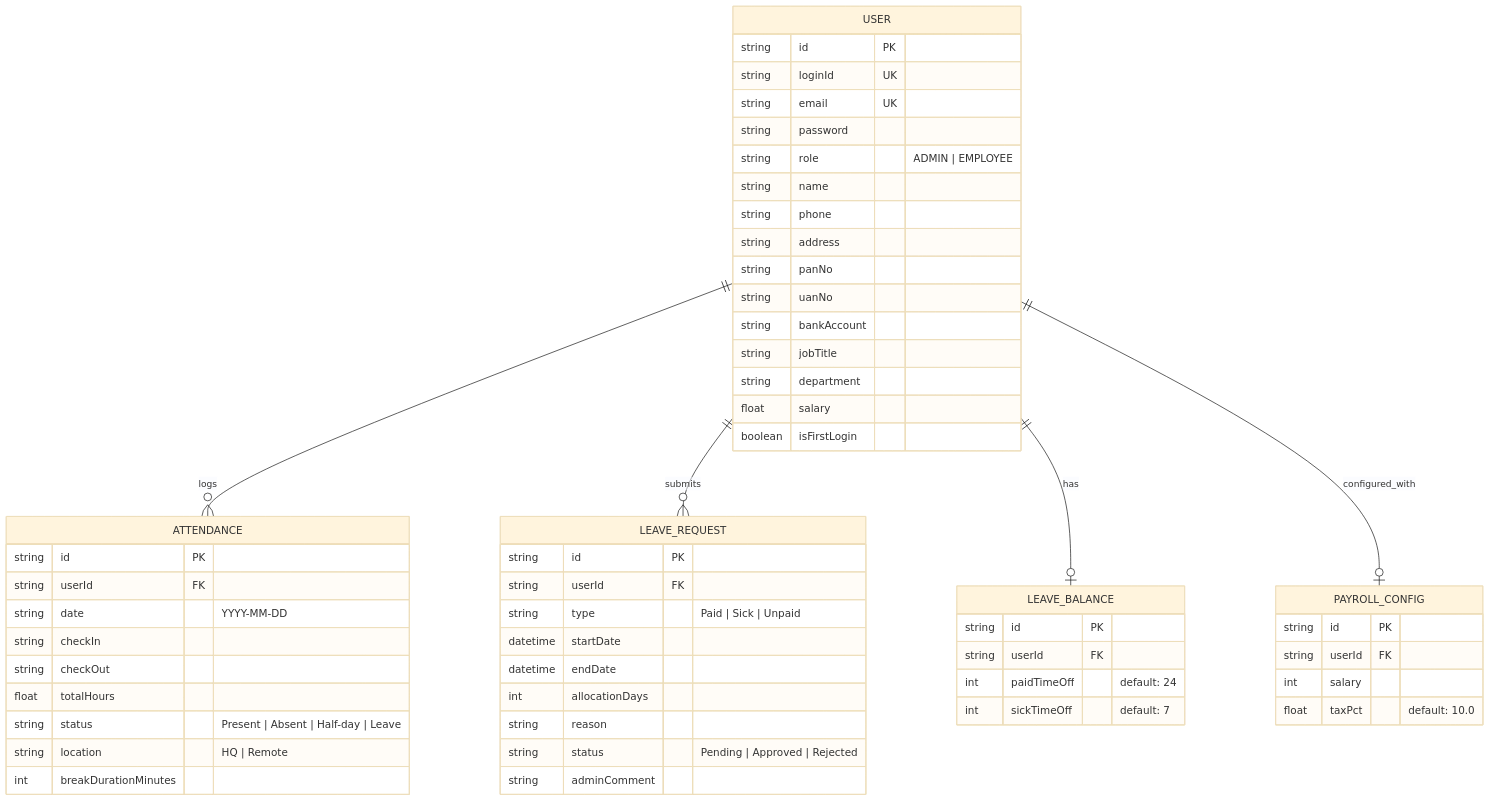
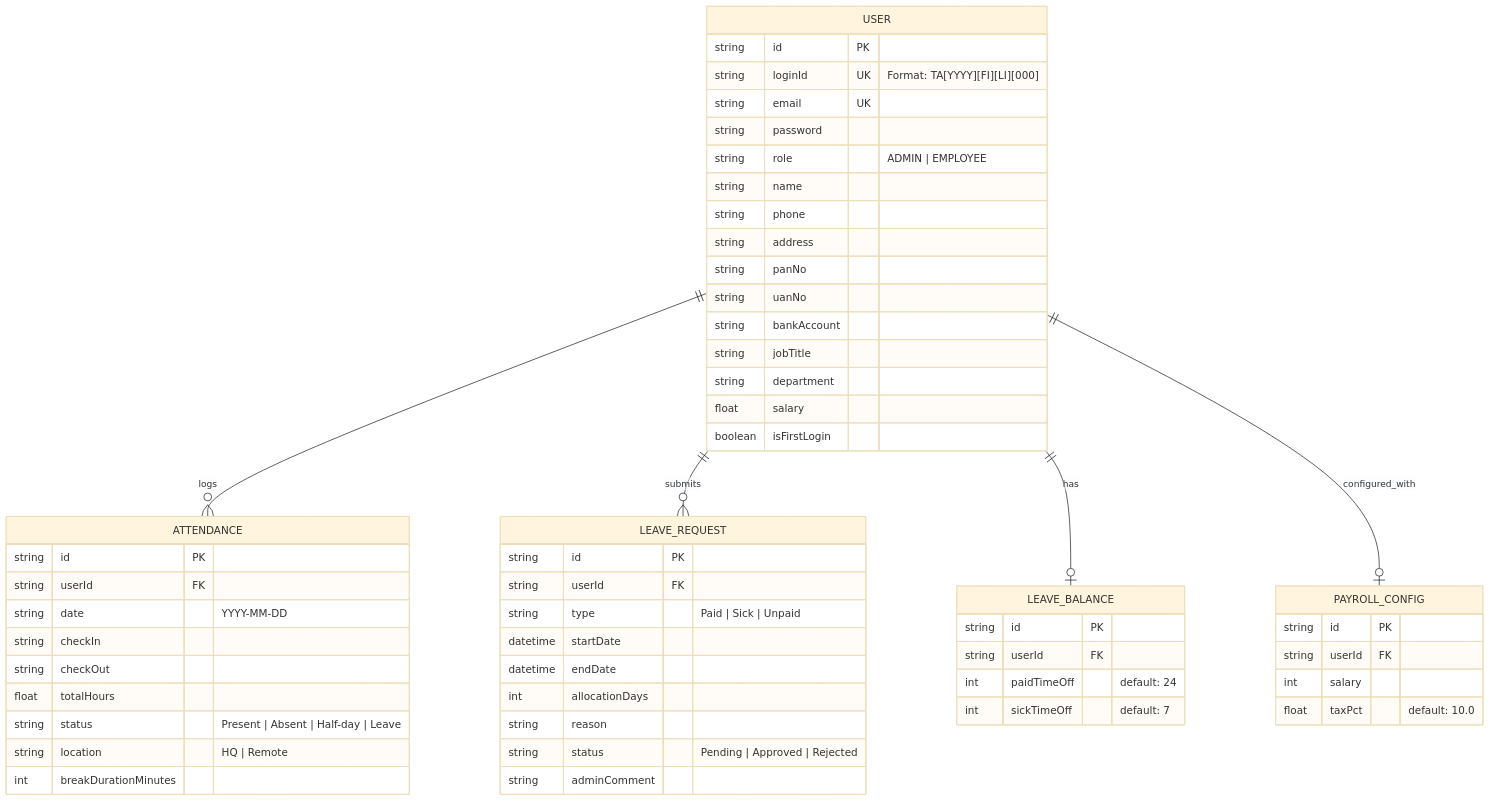
The fourth of 5 diagrams in README.md (ayushyadav0707/Employa), drawn with Mermaid (base theme) before and after one commit. The commit also changed other lines of this file, not shown here.

````diff
--- a/README.md
+++ b/README.md
@@ -119,63 +119,63 @@
 ```mermaid
 erDiagram
     USER ||--o{ ATTENDANCE : "logs"
     USER ||--o{ LEAVE_REQUEST : "submits"
     USER ||--o| LEAVE_BALANCE : "has"
     USER ||--o| PAYROLL_CONFIG : "configured_with"
 
     USER {
         string id PK
-        string loginId UK
+        string loginId UK "Format: TA[YYYY][FI][LI][000]"
         string email UK
         string password
         string role "ADMIN | EMPLOYEE"
         string name
         string phone
         string address
         string panNo
         string uanNo
         string bankAccount
         string jobTitle
         string department
         float salary
         boolean isFirstLogin
     }
 
     ATTENDANCE {
         string id PK
         string userId FK
         string date "YYYY-MM-DD"
         string checkIn
         string checkOut
         float totalHours
         string status "Present | Absent | Half-day | Leave"
         string location "HQ | Remote"
         int breakDurationMinutes
     }
 
     LEAVE_REQUEST {
         string id PK
         string userId FK
         string type "Paid | Sick | Unpaid"
         datetime startDate
         datetime endDate
         int allocationDays
         string reason
         string status "Pending | Approved | Rejected"
         string adminComment
     }
 
     LEAVE_BALANCE {
         string id PK
         string userId FK
         int paidTimeOff "default: 24"
         int sickTimeOff "default: 7"
     }
 
     PAYROLL_CONFIG {
         string id PK
         string userId FK
         int salary
         float taxPct "default: 10.0"
     }
 ```
````
